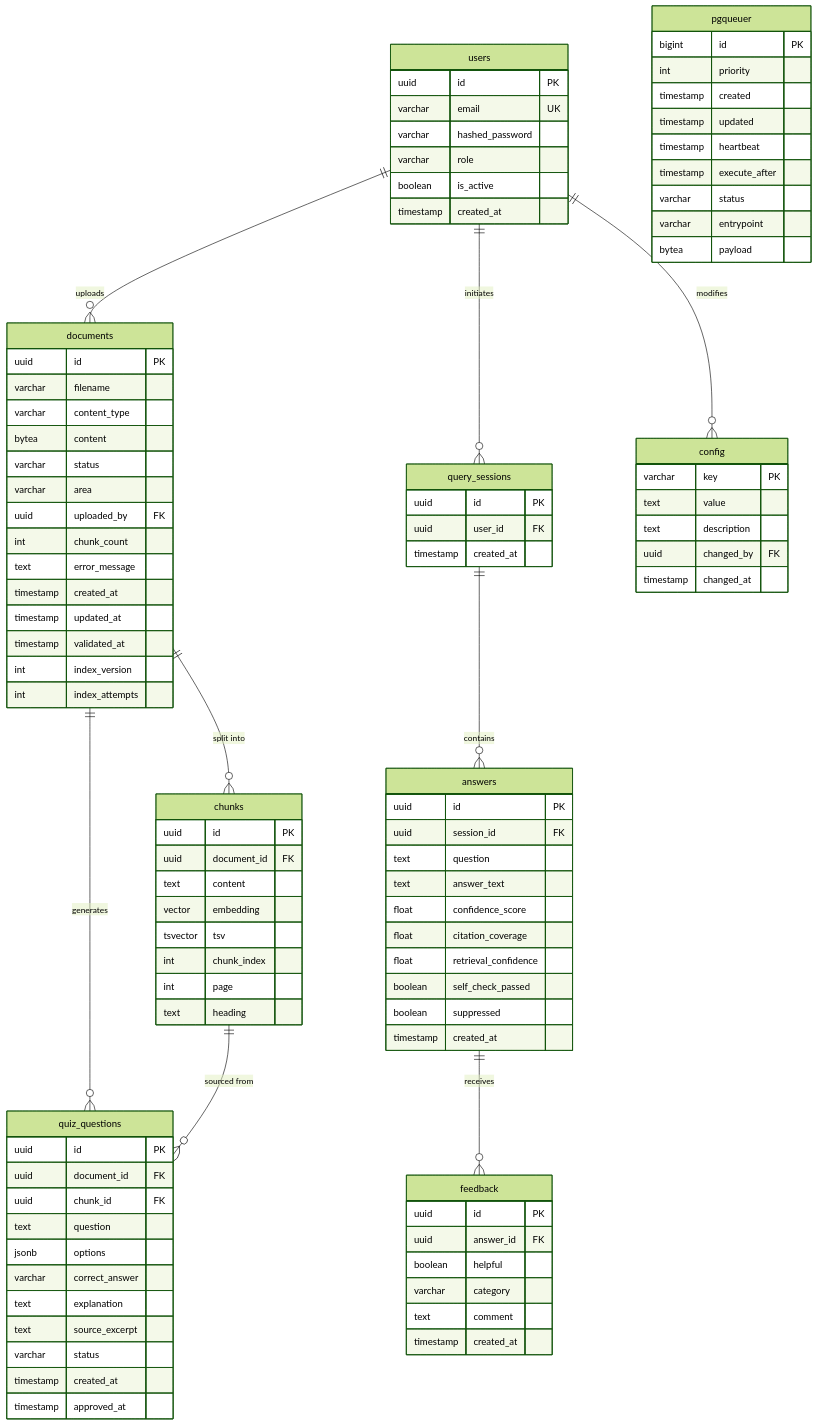
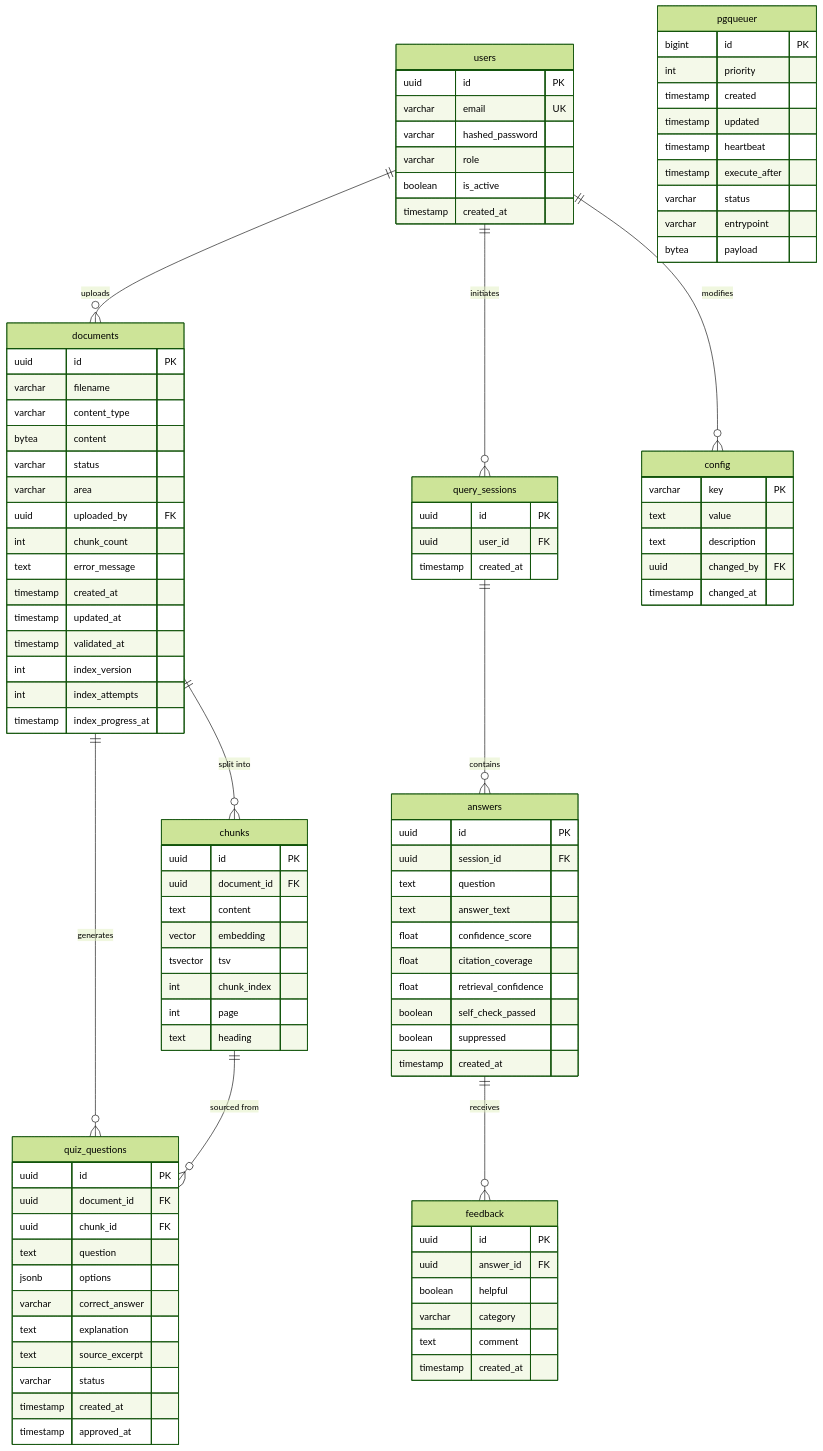
The diagram in Docs/08_ERD.md (tsorer/LearnFlow), drawn with Mermaid (forest theme) before and after one commit. The commit also changed other lines of this file and 16 other files, not shown here.

```diff
--- a/Docs/08_ERD.md
+++ b/Docs/08_ERD.md
@@ -62,6 +62,7 @@
         timestamp   validated_at
         int         index_version
         int         index_attempts
+        timestamp   index_progress_at
     }
 
     chunks {
```
